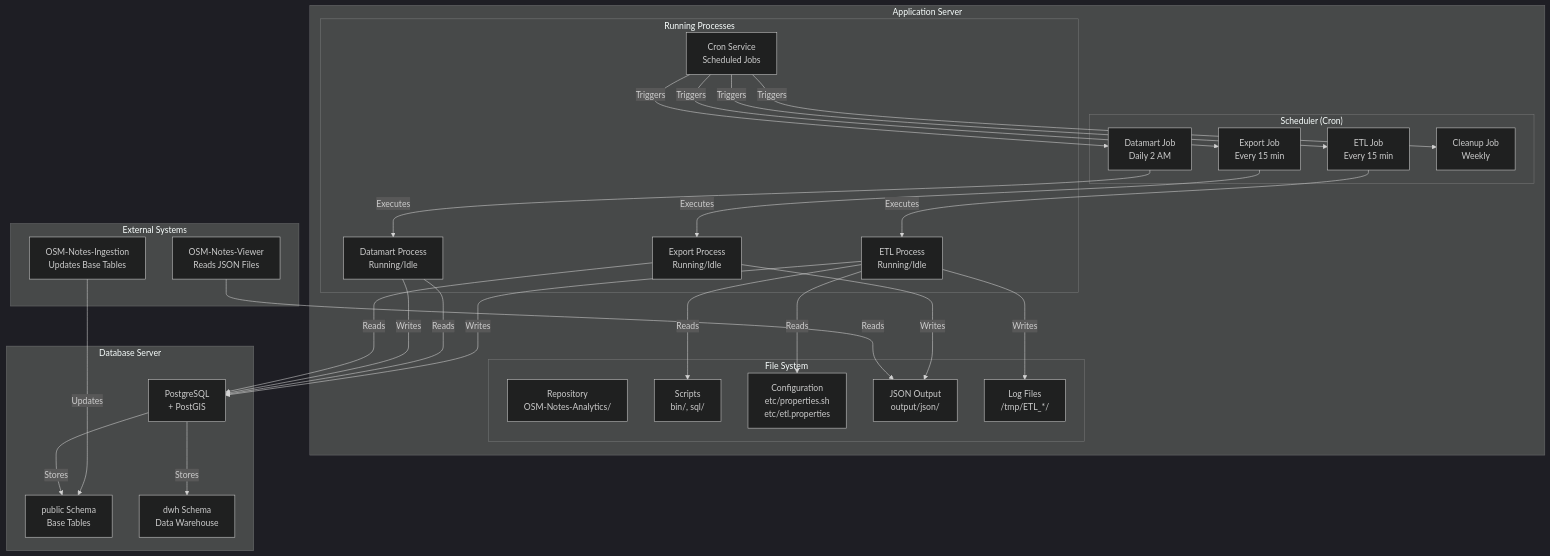
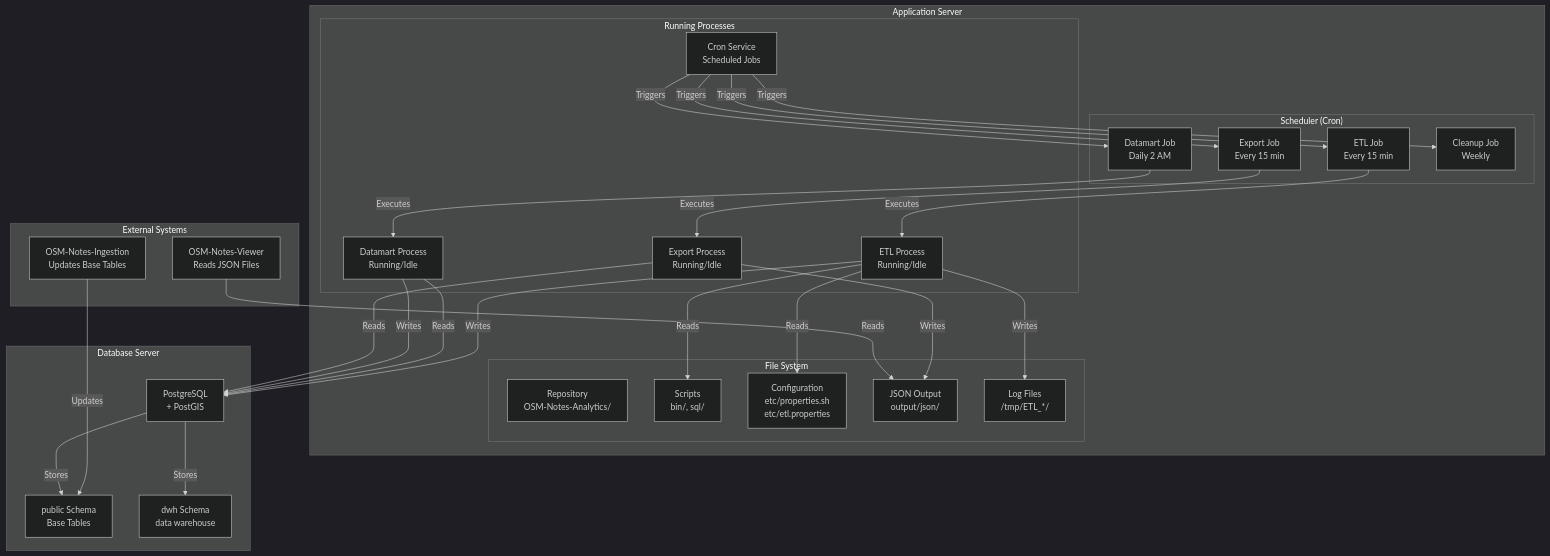
The first of 7 diagrams in docs/Deployment_Diagram.md (OSMLatam/OSM-Notes-Analytics), drawn with Mermaid (dark theme) before and after one commit. The commit also changed other lines of this file and 12 other files, not shown here.

First line of the commit message:
docs: Standardize terminology for data warehouse across documentation

````diff
--- a/docs/Deployment_Diagram.md
+++ b/docs/Deployment_Diagram.md
@@ -57,63 +57,63 @@
 ```mermaid
 graph TB
     subgraph Server["Application Server"]
         subgraph File_System["File System"]
             REPO[Repository<br/>OSM-Notes-Analytics/]
             SCRIPTS[Scripts<br/>bin/, sql/]
             CONFIG[Configuration<br/>etc/properties.sh<br/>etc/etl.properties]
             OUTPUT[JSON Output<br/>output/json/]
             LOGS[Log Files<br/>/tmp/ETL_*/]
         end
         
         subgraph Processes["Running Processes"]
             CRON_SERVICE[Cron Service<br/>Scheduled Jobs]
             ETL_PROC[ETL Process<br/>Running/Idle]
             DATAMART_PROC[Datamart Process<br/>Running/Idle]
             EXPORT_PROC[Export Process<br/>Running/Idle]
         end
         
         subgraph Scheduler["Scheduler (Cron)"]
             CRON_ETL[ETL Job<br/>Every 15 min]
             CRON_DATAMART[Datamart Job<br/>Daily 2 AM]
             CRON_EXPORT[Export Job<br/>Every 15 min]
             CRON_CLEANUP[Cleanup Job<br/>Weekly]
         end
     end
     
     subgraph Database_Server["Database Server"]
         POSTGRES[PostgreSQL<br/>+ PostGIS]
         BASE_SCHEMA[public Schema<br/>Base Tables]
-        DWH_SCHEMA[dwh Schema<br/>Data Warehouse]
+        DWH_SCHEMA[dwh Schema<br/>data warehouse]
     end
     
     subgraph External["External Systems"]
         INGESTION[OSM-Notes-Ingestion<br/>Updates Base Tables]
         VIEWER[OSM-Notes-Viewer<br/>Reads JSON Files]
     end
     
     CRON_SERVICE -->|Triggers| CRON_ETL
     CRON_SERVICE -->|Triggers| CRON_DATAMART
     CRON_SERVICE -->|Triggers| CRON_EXPORT
     CRON_SERVICE -->|Triggers| CRON_CLEANUP
     
     CRON_ETL -->|Executes| ETL_PROC
     CRON_DATAMART -->|Executes| DATAMART_PROC
     CRON_EXPORT -->|Executes| EXPORT_PROC
     
     ETL_PROC -->|Reads| SCRIPTS
     ETL_PROC -->|Reads| CONFIG
     ETL_PROC -->|Writes| POSTGRES
     ETL_PROC -->|Writes| LOGS
     
     DATAMART_PROC -->|Reads| POSTGRES
     DATAMART_PROC -->|Writes| POSTGRES
     
     EXPORT_PROC -->|Reads| POSTGRES
     EXPORT_PROC -->|Writes| OUTPUT
     
     INGESTION -->|Updates| BASE_SCHEMA
     VIEWER -->|Reads| OUTPUT
     
     POSTGRES -->|Stores| BASE_SCHEMA
     POSTGRES -->|Stores| DWH_SCHEMA
 ```
````
